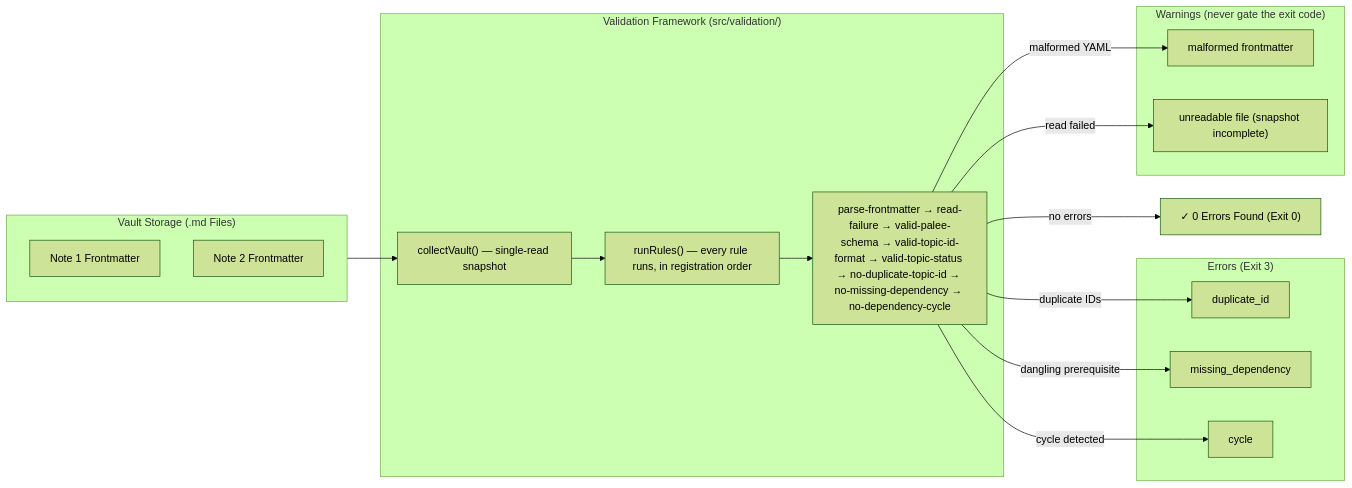
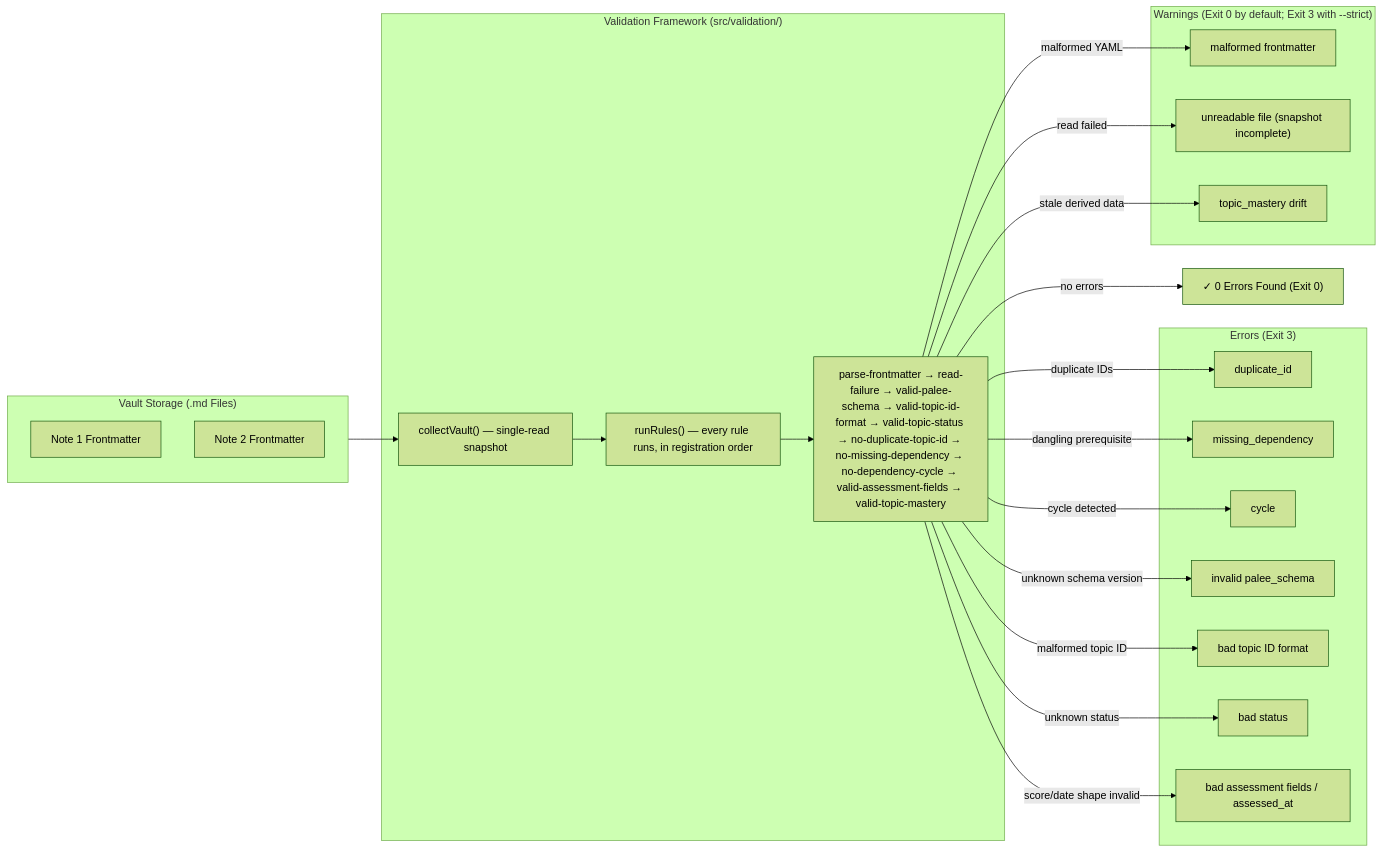
One commit to Kuldeep2822k/cli changed the second of 2 diagrams in docs/02-3-reporting-commands.md. Above: the diagram before and after it, drawn with Mermaid (forest theme). The commit also changed other lines of this file and 10 other files, not shown here.

First line of the commit message:
feat(validate): add assessment-fields and topic-mastery rules with independence coverage (#36 #37 #40) (#163)

````diff
--- a/docs/02-3-reporting-commands.md
+++ b/docs/02-3-reporting-commands.md
@@ -201,34 +203,44 @@
 ```mermaid
 flowchart LR
     subgraph Storage ["Vault Storage (.md Files)"]
         FM1["Note 1 Frontmatter"]
         FM2["Note 2 Frontmatter"]
     end
     
     subgraph Analyzer ["Validation Framework (src/validation/)"]
         Scan["collectVault() — single-read snapshot"]
         Runner["runRules() — every rule runs, in registration order"]
-        Rules["parse-frontmatter → read-failure → valid-palee-schema → valid-topic-id-format → valid-topic-status → no-duplicate-topic-id → no-missing-dependency → no-dependency-cycle"]
+        Rules["parse-frontmatter → read-failure → valid-palee-schema → valid-topic-id-format → valid-topic-status → no-duplicate-topic-id → no-missing-dependency → no-dependency-cycle → valid-assessment-fields → valid-topic-mastery"]
     end
     
     subgraph Errors ["Errors (Exit 3)"]
         ErrDup["duplicate_id"]
         ErrMiss["missing_dependency"]
         ErrCyc["cycle"]
+        ErrSchema["invalid palee_schema"]
+        ErrId["bad topic ID format"]
+        ErrStatus["bad status"]
+        ErrAssess["bad assessment fields / assessed_at"]
     end
 
-    subgraph Warnings ["Warnings (never gate the exit code)"]
+    subgraph Warnings ["Warnings (Exit 0 by default; Exit 3 with --strict)"]
         WarnParse["malformed frontmatter"]
         WarnRead["unreadable file (snapshot incomplete)"]
+        WarnMastery["topic_mastery drift"]
     end
     
     Storage --> Scan
     Scan --> Runner
     Runner --> Rules
     Rules -->|"duplicate IDs"| ErrDup
     Rules -->|"dangling prerequisite"| ErrMiss
     Rules -->|"cycle detected"| ErrCyc
+    Rules -->|"unknown schema version"| ErrSchema
+    Rules -->|"malformed topic ID"| ErrId
+    Rules -->|"unknown status"| ErrStatus
+    Rules -->|"score/date shape invalid"| ErrAssess
     Rules -->|"malformed YAML"| WarnParse
     Rules -->|"read failed"| WarnRead
+    Rules -->|"stale derived data"| WarnMastery
     Rules -->|"no errors"| Success["✓ 0 Errors Found (Exit 0)"]
 ```
````
